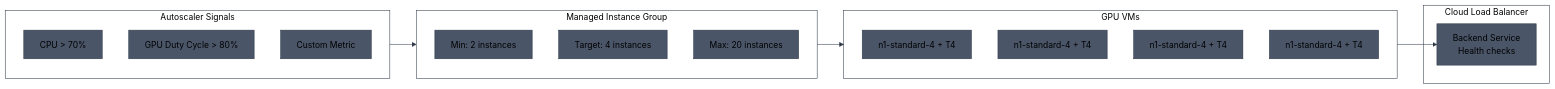
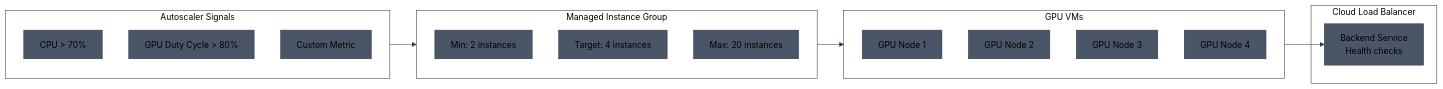
The fifth of 10 diagrams in diagrams/multi-cloud-gpu-architecture.md (aldea-ai/infrastructure-docs), drawn with Mermaid before and after one commit. The commit also changed other lines of this file, not shown here.

Commit message:
Remove specific GPU model names from diagrams

````diff
--- a/diagrams/multi-cloud-gpu-architecture.md
+++ b/diagrams/multi-cloud-gpu-architecture.md
@@ -250,31 +250,31 @@
 ```mermaid
 %%{init: {'theme': 'base', 'themeVariables': { 'primaryColor': '#4a5568', 'primaryTextColor': '#000', 'primaryBorderColor': '#2d3748', 'lineColor': '#2d3748', 'clusterBkg': 'transparent', 'clusterBorder': '#2d3748', 'titleColor': '#000'}}}%%
 flowchart LR
     subgraph Triggers["Autoscaler Signals"]
         CM_CPU[CPU > 70%]
         CM_GPU[GPU Duty Cycle > 80%]
         CM_CUSTOM[Custom Metric]
     end
 
     subgraph MIG["Managed Instance Group"]
         direction TB
         MIN[Min: 2 instances]
         TARGET[Target: 4 instances]
         MAX[Max: 20 instances]
     end
 
     subgraph VMs["GPU VMs"]
-        VM1[n1-standard-4 + T4]
-        VM2[n1-standard-4 + T4]
-        VM3[n1-standard-4 + T4]
-        VM4[n1-standard-4 + T4]
+        VM1[GPU Node 1]
+        VM2[GPU Node 2]
+        VM3[GPU Node 3]
+        VM4[GPU Node 4]
     end
 
     subgraph GLB["Cloud Load Balancer"]
         BE[Backend Service<br/>Health checks]
     end
 
     Triggers --> MIG
     MIG --> VMs
     VMs --> BE
 ```
````
